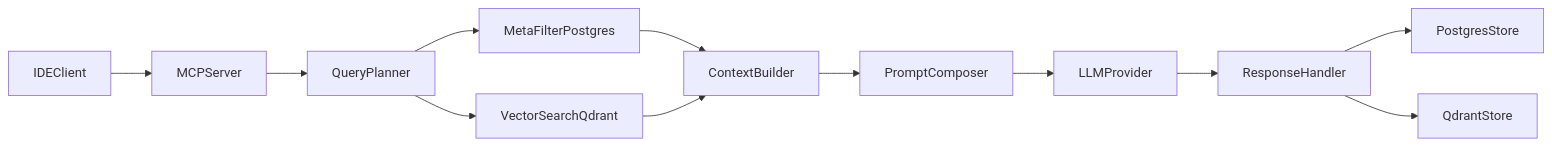
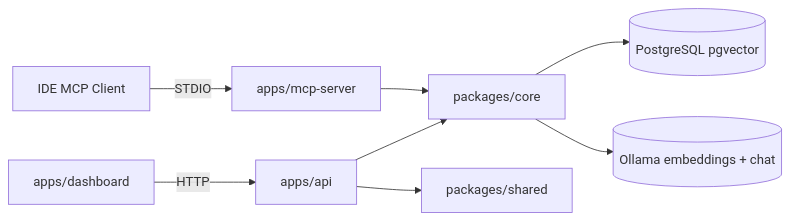
The third of 3 diagrams in plans/specifications.md (Metamotens/ContextForge), drawn with Mermaid before and after one commit. The commit also changed other lines of this file and 107 other files, not shown here.

````diff
--- a/plans/specifications.md
+++ b/plans/specifications.md
@@ -271,14 +293,10 @@
 ```mermaid
 flowchart LR
-  IDEClient[IDEClient] --> MCPServer[MCPServer]
-  MCPServer --> QueryPlanner[QueryPlanner]
-  QueryPlanner --> MetaFilter[MetaFilterPostgres]
-  QueryPlanner --> VectorSearch[VectorSearchQdrant]
-  MetaFilter --> ContextBuilder[ContextBuilder]
-  VectorSearch --> ContextBuilder
-  ContextBuilder --> PromptComposer[PromptComposer]
-  PromptComposer --> LLMProvider[LLMProvider]
-  LLMProvider --> ResponseHandler[ResponseHandler]
-  ResponseHandler --> PostgresStore[PostgresStore]
-  ResponseHandler --> QdrantStore[QdrantStore]
+  IDEClient[IDE MCP Client] -->|STDIO| MCPServer[apps/mcp-server]
+  Dashboard[apps/dashboard] -->|HTTP| API[apps/api]
+  MCPServer --> Core[packages/core]
+  API --> Core
+  API --> Shared[packages/shared]
+  Core --> Postgres[(PostgreSQL pgvector)]
+  Core --> Ollama[(Ollama embeddings + chat)]
 ```
````
